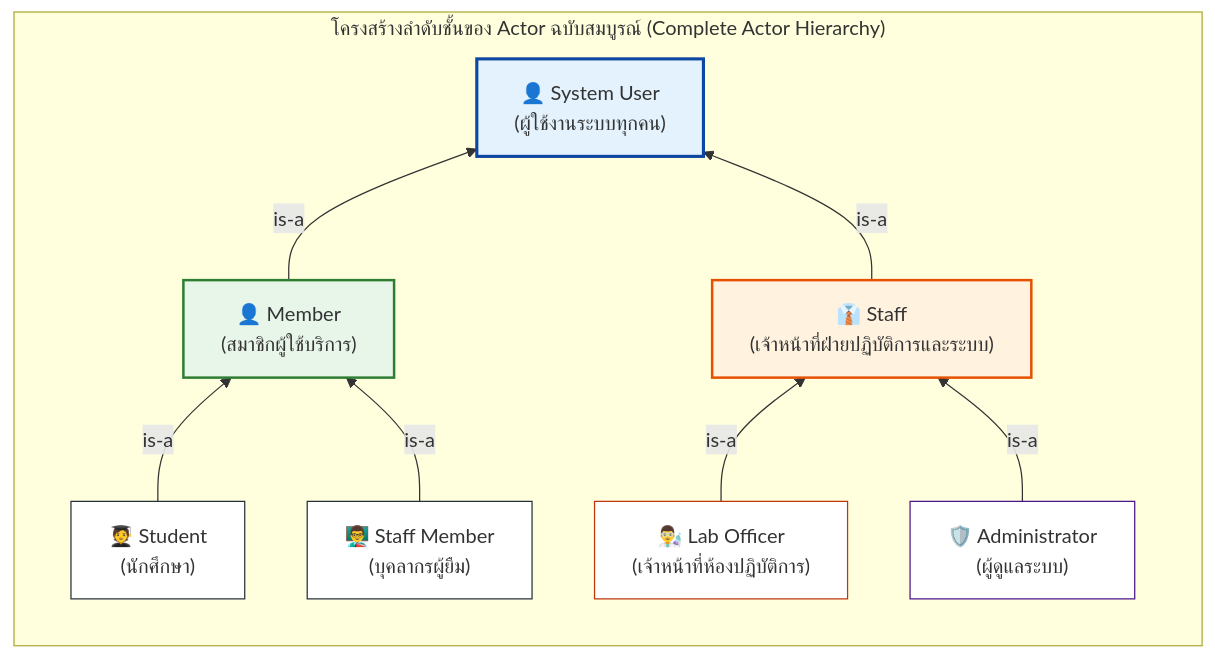
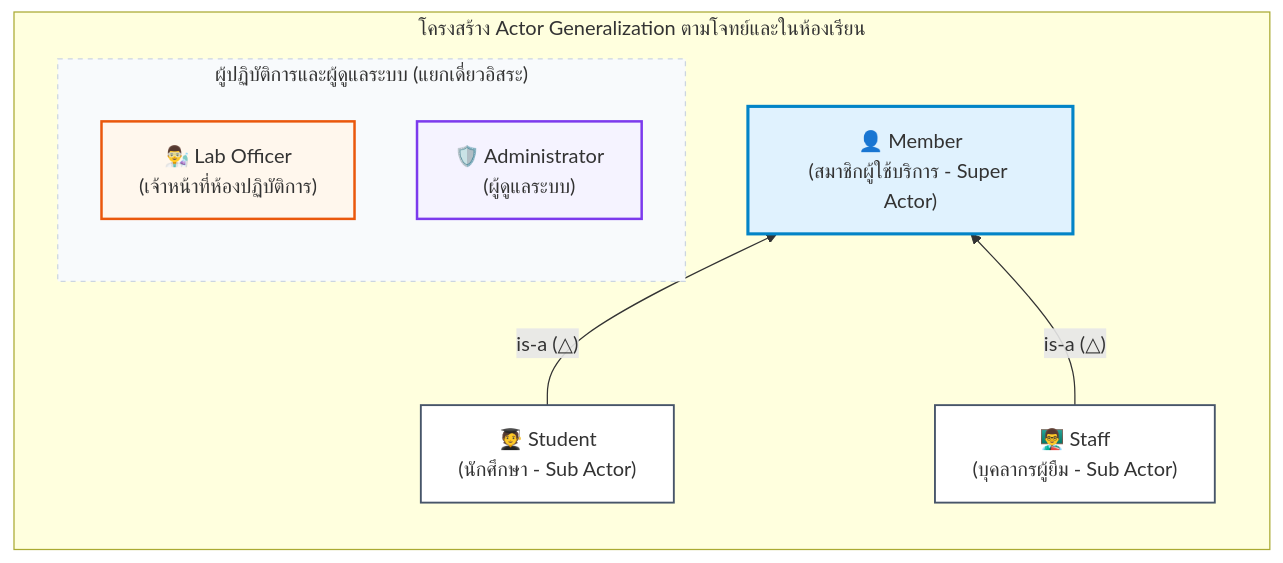
The first of 6 diagrams in 04_Work_and_Homework/Use_Case_Diagram_Workshop/Lab_Equipment_Borrowing_System_Solution.md (kanomoo/software-engineering), drawn with Mermaid before and after one commit. The commit also changed other lines of this file and 6 other files, not shown here.

Commit message:
feat: add case study, workshop materials, and use case diagrams for lab equipment borrowing system

````diff
--- a/04_Work_and_Homework/Use_Case_Diagram_Workshop/Lab_Equipment_Borrowing_System_Solution.md
+++ b/04_Work_and_Homework/Use_Case_Diagram_Workshop/Lab_Equipment_Borrowing_System_Solution.md
@@ -84,33 +85,26 @@
 ```mermaid
 flowchart BT
-    subgraph Full_Actor_Hierarchy ["โครงสร้างลำดับชั้นของ Actor ฉบับสมบูรณ์ (Complete Actor Hierarchy)"]
+    subgraph InClass_Actor_Hierarchy ["โครงสร้าง Actor Generalization ตามโจทย์และในห้องเรียน"]
         direction BT
-        SysUser["👤 System User<br/>(ผู้ใช้งานระบบทุกคน)"]
+        
+        Member["👤 Member<br/>(สมาชิกผู้ใช้บริการ - Super Actor)"]
+        Student["🧑‍🎓 Student<br/>(นักศึกษา - Sub Actor)"]
+        Staff["👨‍🏫 Staff<br/>(บุคลากรผู้ยืม - Sub Actor)"]
 
-        Member["👤 Member<br/>(สมาชิกผู้ใช้บริการ)"]
-        Staff_Ops["👔 Staff<br/>(เจ้าหน้าที่ฝ่ายปฏิบัติการและระบบ)"]
+        Student -->|"is-a (△)"| Member
+        Staff -->|"is-a (△)"| Member
 
-        Student["🧑‍🎓 Student<br/>(นักศึกษา)"]
-        Staff_Mem["👨‍🏫 Staff Member<br/>(บุคลากรผู้ยืม)"]
-
-        LabOfficer["👨‍🔬 Lab Officer<br/>(เจ้าหน้าที่ห้องปฏิบัติการ)"]
-        Admin["🛡️ Administrator<br/>(ผู้ดูแลระบบ)"]
-
-        Student -->|is-a| Member
-        Staff_Mem -->|is-a| Member
-
-        LabOfficer -->|is-a| Staff_Ops
-        Admin -->|is-a| Staff_Ops
-
-        Member -->|is-a| SysUser
-        Staff_Ops -->|is-a| SysUser
+        subgraph Independent_Actors ["ผู้ปฏิบัติการและผู้ดูแลระบบ (แยกเดี่ยวอิสระ)"]
+            direction TB
+            LabOfficer["👨‍🔬 Lab Officer<br/>(เจ้าหน้าที่ห้องปฏิบัติการ)"]
+            Admin["🛡️ Administrator<br/>(ผู้ดูแลระบบ)"]
+        end
     end
 
-    style SysUser fill:#e3f2fd,stroke:#0d47a1,stroke-width:2.5px
-    style Member fill:#e8f5e9,stroke:#2e7d32,stroke-width:2px
-    style Staff_Ops fill:#fff3e0,stroke:#e65100,stroke-width:2px
-    style Student fill:#ffffff,stroke:#263238
-    style Staff_Mem fill:#ffffff,stroke:#263238
-    style LabOfficer fill:#ffffff,stroke:#bf360c
-    style Admin fill:#ffffff,stroke:#4a148c
+    style Member fill:#e0f2fe,stroke:#0284c7,stroke-width:2.5px
+    style Student fill:#ffffff,stroke:#475569,stroke-width:1.5px
+    style Staff fill:#ffffff,stroke:#475569,stroke-width:1.5px
+    style LabOfficer fill:#fff7ed,stroke:#ea580c,stroke-width:2px
+    style Admin fill:#f5f3ff,stroke:#7c3aed,stroke-width:2px
+    style Independent_Actors fill:#f8fafc,stroke:#cbd5e1,stroke-dasharray: 4 4
 ```
````
